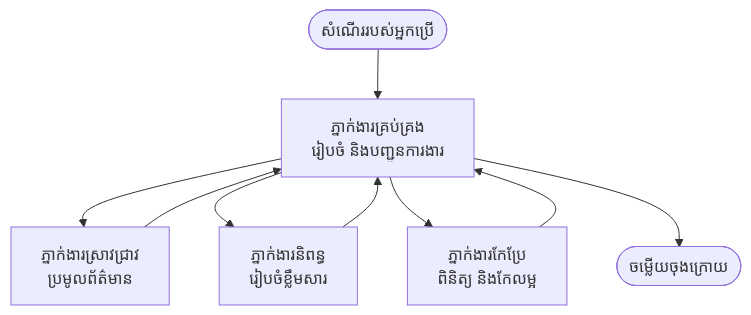
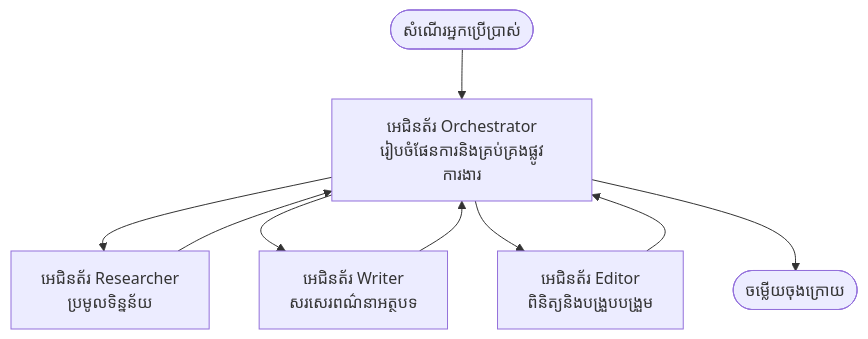
The diagram in translations/km/docs/chapter-05-multi-agent/multi-agent-basics.md (microsoft/AZD-for-beginners), drawn with Mermaid before and after one commit. The commit also changed other lines of this file and 20 other files, not shown here.

````diff
--- a/translations/km/docs/chapter-05-multi-agent/multi-agent-basics.md
+++ b/translations/km/docs/chapter-05-multi-agent/multi-agent-basics.md
@@ -43,11 +43,11 @@
 ```mermaid
 graph TD
-    User([សំណើររបស់អ្នកប្រើ]) --> Orchestrator[ភ្នាក់ងារគ្រប់គ្រង<br/>រៀបចំ និងបញ្ជូនការងារ]
-    Orchestrator --> Researcher[ភ្នាក់ងារស្រាវជ្រាវ<br/>ប្រមូលព័ត៌មាន]
-    Orchestrator --> Writer[ភ្នាក់ងារនិពន្ធ<br/>រៀបចំខ្លឹមសារ]
-    Orchestrator --> Editor[ភ្នាក់ងារកែប្រែ<br/>ពិនិត្យ និងកែលម្អ]
+    User([សំណើរអ្នកប្រើប្រាស់]) --> Orchestrator[អេជិនត័រ Orchestrator<br/>រៀបចំផែនការនិងគ្រប់គ្រងផ្លូវការងារ]
+    Orchestrator --> Researcher[អេជិនត័រ Researcher<br/>ប្រមូលទិន្នន័យ]
+    Orchestrator --> Writer[អេជិនត័រ Writer<br/>សរសេរពណ៌នាអត្ថបទ]
+    Orchestrator --> Editor[អេជិនត័រ Editor<br/>ពិនិត្យនិងបង្រួបបង្រួម]
     Researcher --> Orchestrator
     Writer --> Orchestrator
     Editor --> Orchestrator
     Orchestrator --> Result([ចម្លើយចុងក្រោយ])
 ```
````
